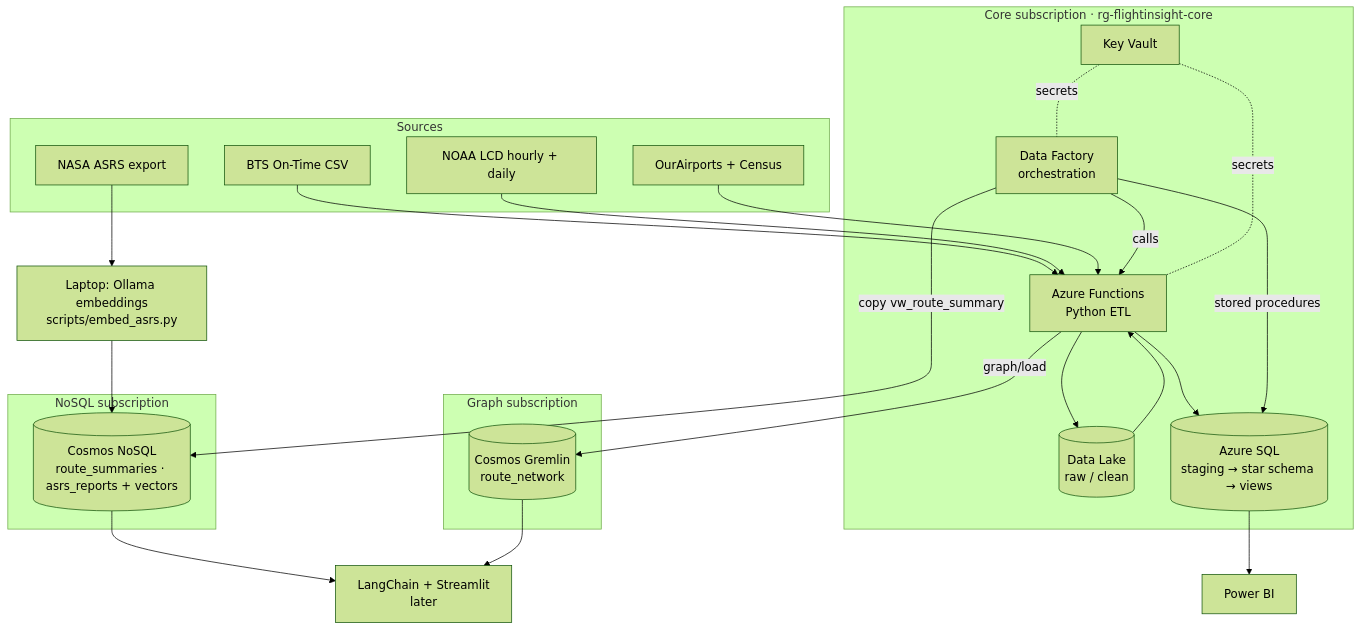
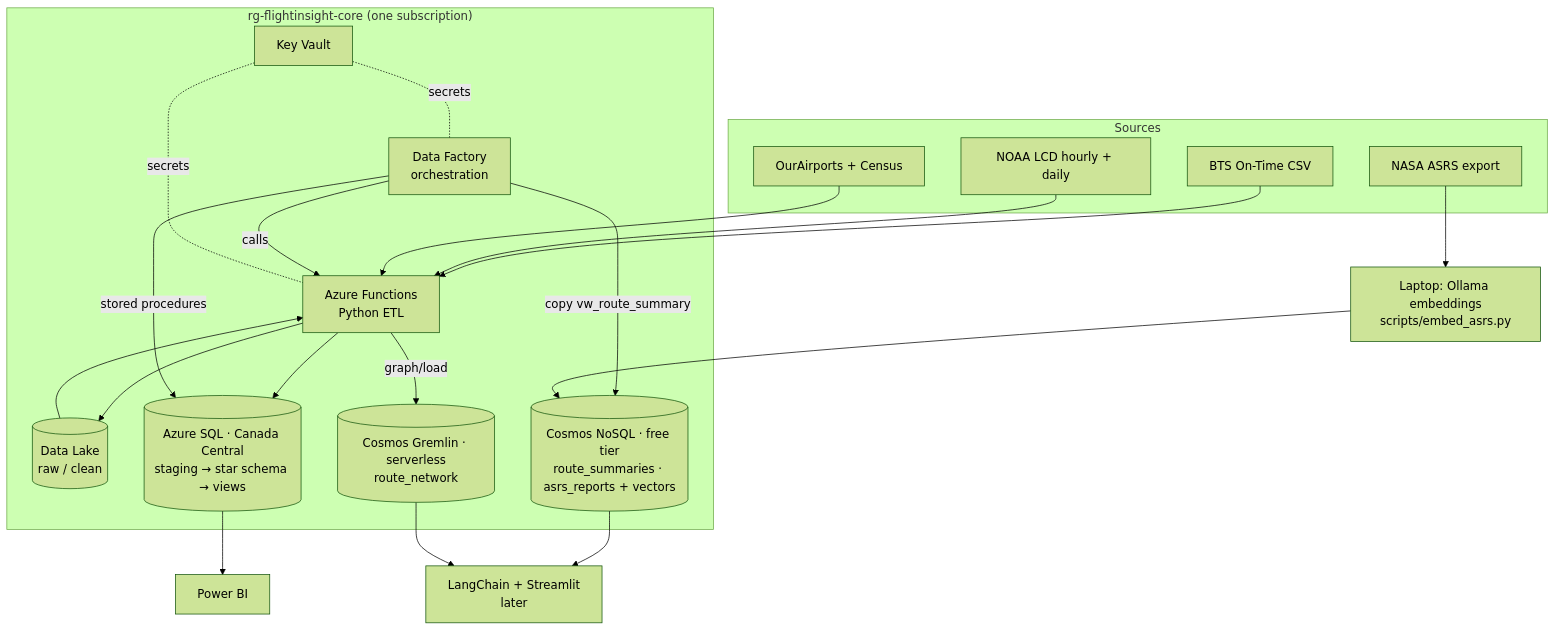
The diagram in docs/architecture.md (flightinsight-team3/flightinsight-ai), drawn with Mermaid (forest theme) before and after one commit. The commit also changed other lines of this file and 10 other files, not shown here.

Commit message:
Move Cosmos DB into the core resource group

````diff
--- a/docs/architecture.md
+++ b/docs/architecture.md
@@ -5,40 +5,34 @@
 ```mermaid
 flowchart TB
   subgraph Sources
     BTS[BTS On-Time CSV]
     NOAA[NOAA LCD hourly + daily]
     REF[OurAirports + Census]
     ASRS[NASA ASRS export]
   end
 
-  subgraph core["Core subscription · rg-flightinsight-core"]
+  subgraph rg["rg-flightinsight-core (one subscription)"]
     ADF[Data Factory<br/>orchestration]
     FN[Azure Functions<br/>Python ETL]
     LAKE[(Data Lake<br/>raw / clean)]
-    SQL[(Azure SQL<br/>staging → star schema → views)]
+    SQL[(Azure SQL · Canada Central<br/>staging → star schema → views)]
     KV[Key Vault]
-  end
-
-  subgraph nosql["NoSQL subscription"]
-    DOCS[(Cosmos NoSQL<br/>route_summaries · asrs_reports + vectors)]
-  end
-
-  subgraph graph["Graph subscription"]
-    G[(Cosmos Gremlin<br/>route_network)]
+    DOCS[(Cosmos NoSQL · free tier<br/>route_summaries · asrs_reports + vectors)]
+    G[(Cosmos Gremlin · serverless<br/>route_network)]
   end
 
   LAPTOP[Laptop: Ollama embeddings<br/>scripts/embed_asrs.py]
   BI[Power BI]
   BOT[LangChain + Streamlit<br/>later]
 
   BTS & NOAA & REF --> FN
   ADF -- calls --> FN
   FN --> LAKE --> FN --> SQL
   ADF -- stored procedures --> SQL
   ADF -- copy vw_route_summary --> DOCS
   FN -- graph/load --> G
   ASRS --> LAPTOP --> DOCS
   SQL --> BI
   DOCS & G --> BOT
   KV -. secrets .- FN & ADF
 ```
````
